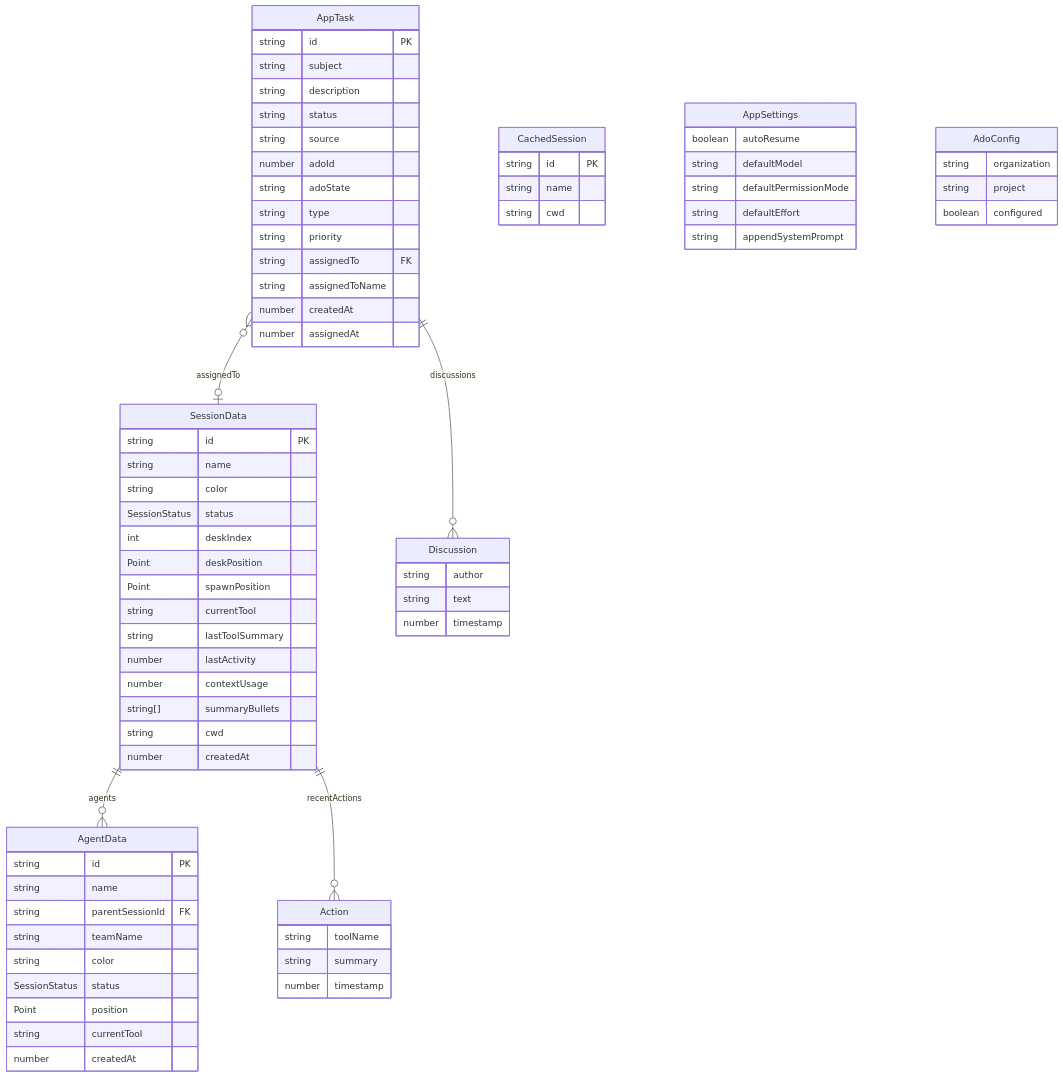
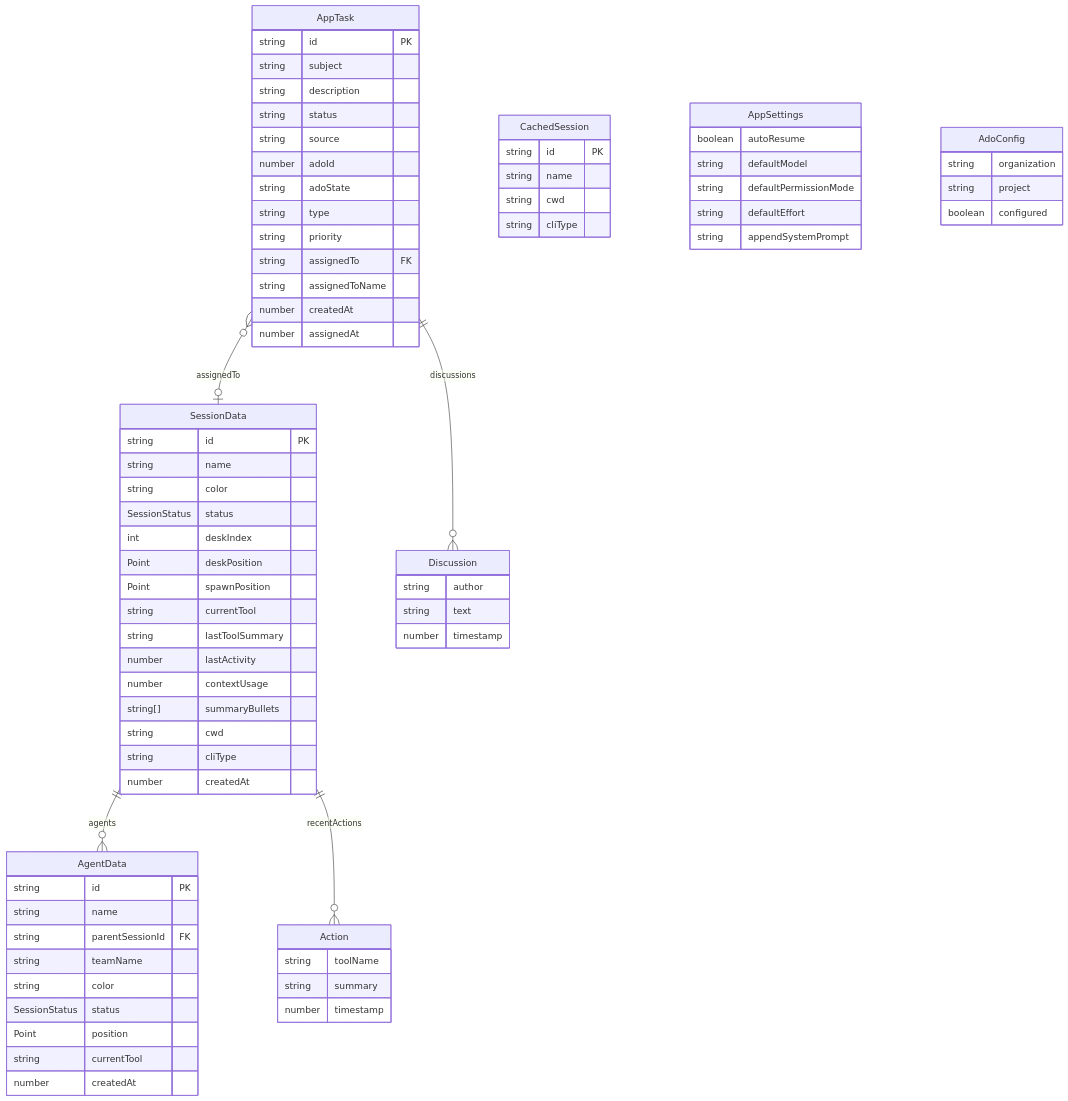
One commit to Nahom-Kefelegne/AgentMatrix changed the fifth of 8 diagrams in docs/design/services-state.md. Above: the diagram before and after it, drawn with Mermaid. The commit also changed other lines of this file and 14 other files, not shown here.

````diff
--- a/docs/design/services-state.md
+++ b/docs/design/services-state.md
@@ -294,77 +291,79 @@
 ```mermaid
 erDiagram
     SessionData {
         string id PK
         string name
         string color
         SessionStatus status
         int deskIndex
         Point deskPosition
         Point spawnPosition
         string currentTool
         string lastToolSummary
         number lastActivity
         number contextUsage
         string[] summaryBullets
         string cwd
+        string cliType
         number createdAt
     }
     AgentData {
         string id PK
         string name
         string parentSessionId FK
         string teamName
         string color
         SessionStatus status
         Point position
         string currentTool
         number createdAt
     }
     Action {
         string toolName
         string summary
         number timestamp
     }
     AppTask {
         string id PK
         string subject
         string description
         string status
         string source
         number adoId
         string adoState
         string type
         string priority
         string assignedTo FK
         string assignedToName
         number createdAt
         number assignedAt
     }
     Discussion {
         string author
         string text
         number timestamp
     }
     CachedSession {
         string id PK
         string name
         string cwd
+        string cliType
     }
     AppSettings {
         boolean autoResume
         string defaultModel
         string defaultPermissionMode
         string defaultEffort
         string appendSystemPrompt
     }
     AdoConfig {
         string organization
         string project
         boolean configured
     }
 
     SessionData ||--o{ AgentData : "agents"
     SessionData ||--o{ Action : "recentActions"
     AppTask ||--o{ Discussion : "discussions"
     AppTask }o--o| SessionData : "assignedTo"
 ```
````
